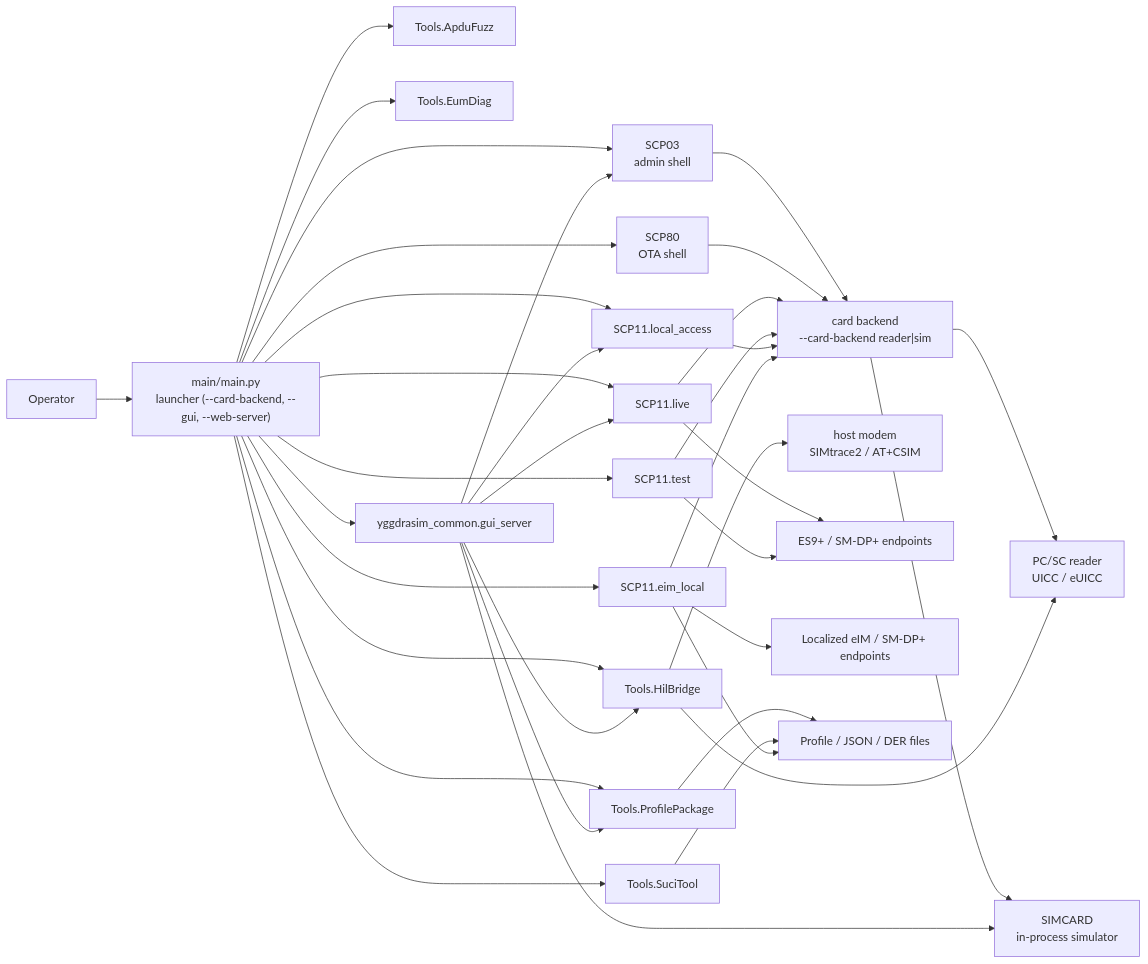
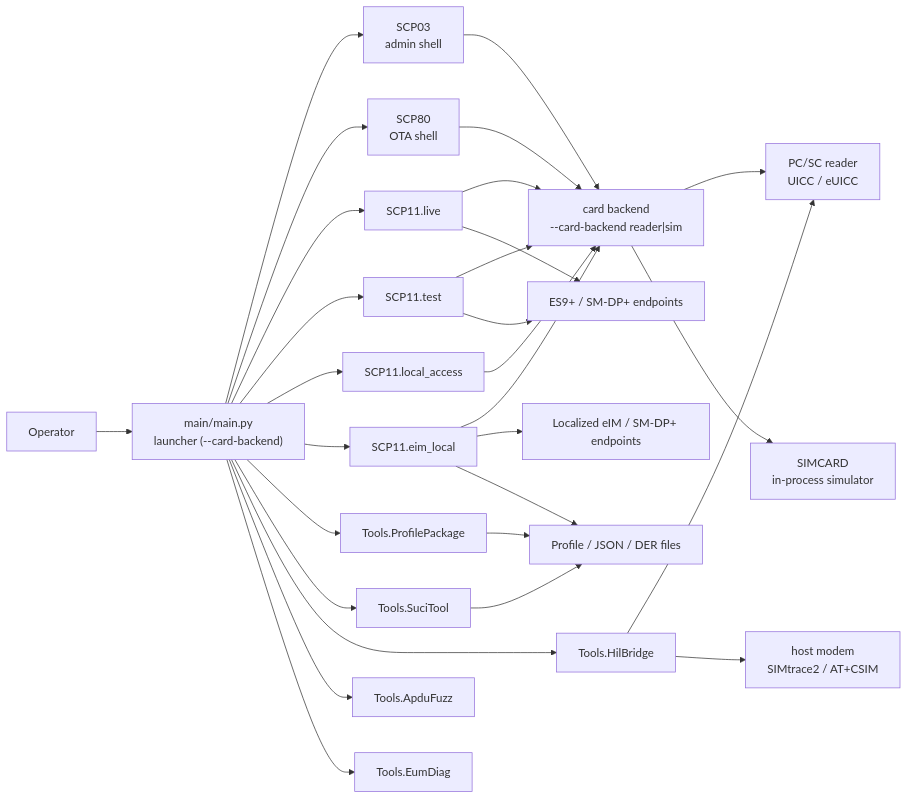
One commit to 1oT/YggdraSIM changed the first of 10 diagrams in guides/ARCHITECTURE.md. Above: the diagram before and after it, drawn with Mermaid. The commit also changed other lines of this file and 838 other files, not shown here.

````diff
--- a/guides/ARCHITECTURE.md
+++ b/guides/ARCHITECTURE.md
@@ -31,45 +31,39 @@
 ```mermaid
 flowchart LR
-    Operator["Operator"] --> Launcher["main/main.py<br/>launcher (--card-backend, --gui, --web-server)"]
+    Operator["Operator"] --> Launcher["main/main.py<br/>launcher (--card-backend)"]
 
     Launcher --> SCP03["SCP03<br/>admin shell"]
     Launcher --> SCP80["SCP80<br/>OTA shell"]
     Launcher --> Live["SCP11.live"]
     Launcher --> Test["SCP11.test"]
     Launcher --> Local["SCP11.local_access"]
     Launcher --> EimLocal["SCP11.eim_local"]
     Launcher --> ProfileTool["Tools.ProfilePackage"]
     Launcher --> Suci["Tools.SuciTool"]
     Launcher --> Hil["Tools.HilBridge"]
     Launcher --> Fuzz["Tools.ApduFuzz"]
     Launcher --> Eum["Tools.EumDiag"]
-    Launcher --> Gui["yggdrasim_common.gui_server"]
 
     SCP03 --> Backend["card backend<br/>--card-backend reader|sim"]
     SCP80 --> Backend
     Live --> Backend
     Test --> Backend
     Local --> Backend
     EimLocal --> Backend
 
     Backend --> Card["PC/SC reader<br/>UICC / eUICC"]
     Backend --> Sim["SIMCARD<br/>in-process simulator"]
 
     Hil --> Card
     Hil --> Modem["host modem<br/>SIMtrace2 / AT+CSIM"]
 
     Live --> Network["ES9+ / SM-DP+ endpoints"]
     Test --> Network
     EimLocal --> LocalServices["Localized eIM / SM-DP+ endpoints"]
 
+
     ProfileTool --> Files["Profile / JSON / DER files"]
     Suci --> Files
     EimLocal --> Files
 
-    Gui --> SCP03
-    Gui --> Live
-    Gui --> Local
-    Gui --> ProfileTool
-    Gui --> Sim
-    Gui --> Hil
 ```
````
